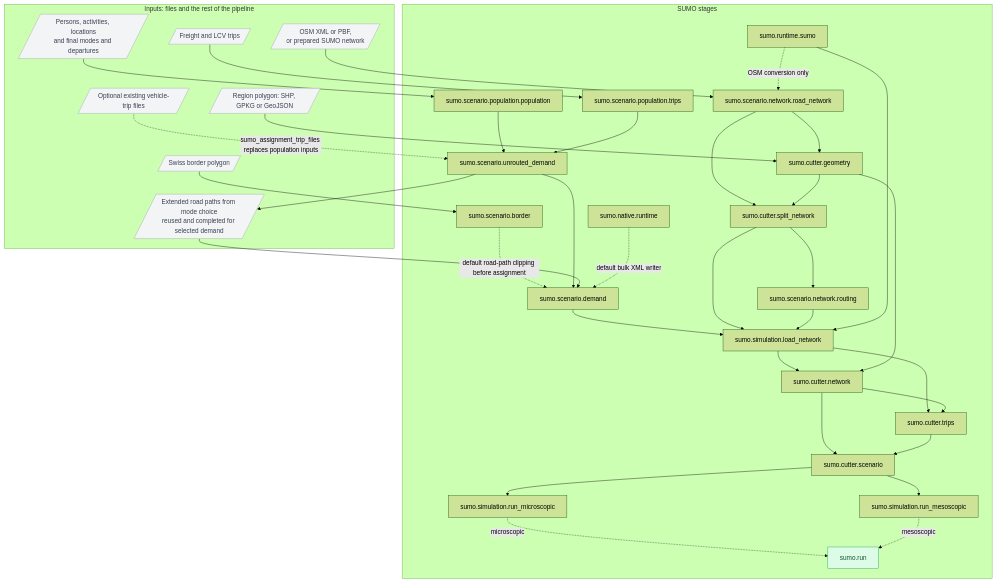
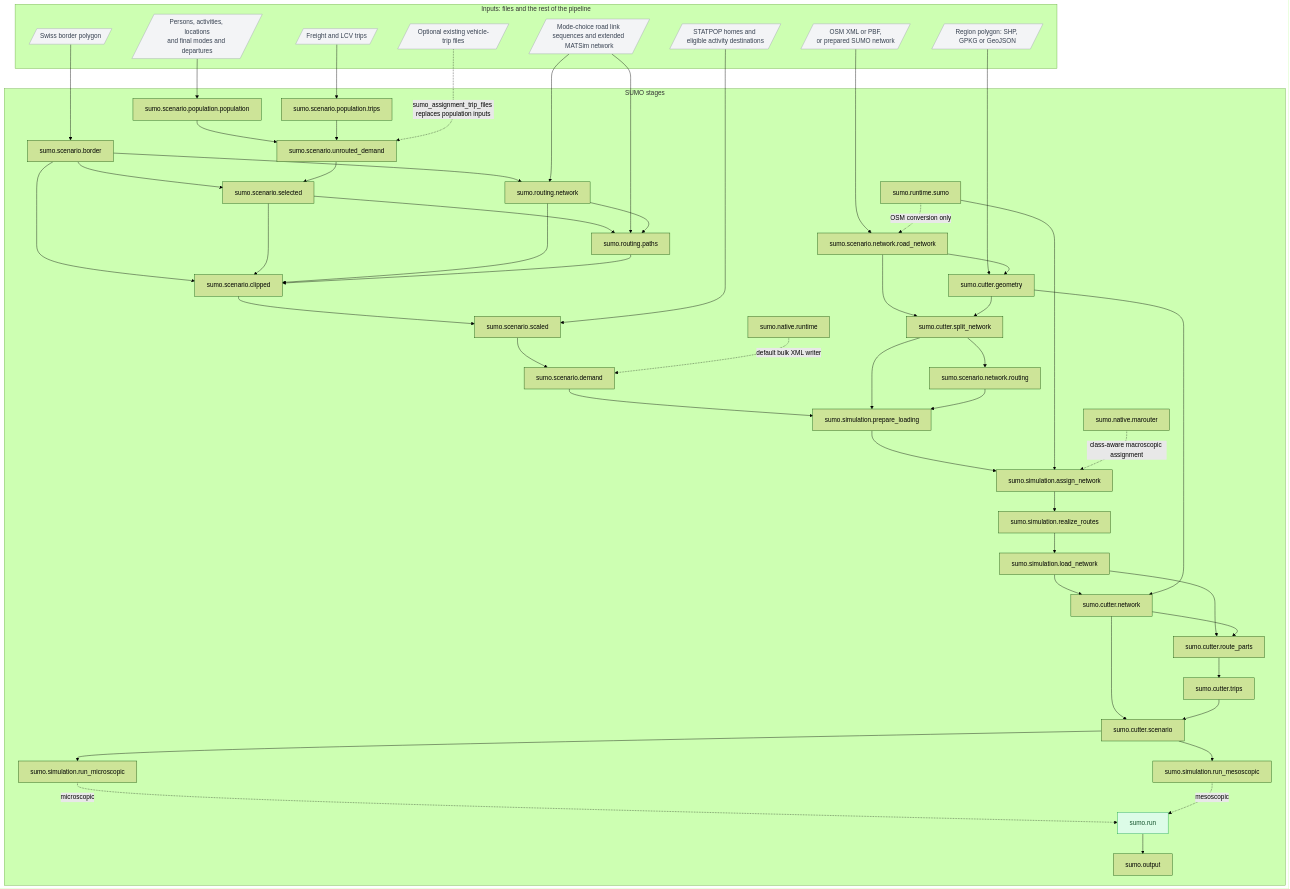
Before and after one commit to eqasim-org/eqasim-switzerland: the first of 2 diagrams in doc/sumo/WORKFLOW.md, drawn with Mermaid (forest theme). The commit also changed other lines of this file and 58 other files, not shown here.

First line of the commit message:
feat(sumo): expand demand and accelerate regional scenario preparation

````diff
--- a/doc/sumo/WORKFLOW.md
+++ b/doc/sumo/WORKFLOW.md
@@ -26,39 +26,61 @@
         REGION[/"Region polygon: SHP, GPKG or GeoJSON"/]
         VEHICLES[/"Optional existing vehicle-trip files"/]
         SWISS[/"Swiss border polygon"/]
-        PATHS[/"Extended road paths from mode choice<br/>reused and completed for selected demand"/]
+        HOMES[/"STATPOP homes and eligible activity destinations"/]
+        MC[/"Mode-choice road link sequences and extended MATSim network"/]
     end
 
     subgraph SUMO["SUMO stages"]
         POP["sumo.scenario.population.population"]
         TRIPS["sumo.scenario.population.trips"]
         RAW["sumo.scenario.unrouted_demand"]
+        SELECTED["sumo.scenario.selected"]
+        PATHS["sumo.routing.paths"]
+        ROADSHAPES["sumo.routing.network"]
+        CLIPPED["sumo.scenario.clipped"]
+        SCALED["sumo.scenario.scaled"]
         DEMAND["sumo.scenario.demand"]
         BORDER["sumo.scenario.border"]
         RUNTIME["sumo.runtime.sumo"]
         NATIVE["sumo.native.runtime"]
+        MAROUTER["sumo.native.marouter"]
         NET["sumo.scenario.network.road_network"]
         GEO["sumo.cutter.geometry"]
         SPLIT["sumo.cutter.split_network"]
         INDEX["sumo.scenario.network.routing"]
+        PREP["sumo.simulation.prepare_loading"]
+        ASSIGN["sumo.simulation.assign_network"]
+        REALIZE["sumo.simulation.realize_routes"]
         LOAD["sumo.simulation.load_network"]
         CUTNET["sumo.cutter.network"]
+        PARTS["sumo.cutter.route_parts"]
         CUTTRIPS["sumo.cutter.trips"]
         SCENARIO["sumo.cutter.scenario"]
         MICRO["sumo.simulation.run_microscopic"]
         MESO["sumo.simulation.run_mesoscopic"]
         RUN["sumo.run"]
+        OUTPUT["sumo.output"]
     end
 
     PEOPLE --> POP
     COMMERCIAL --> TRIPS
     SWISS --> BORDER
-    BORDER -. "default road-path clipping before assignment" .-> DEMAND
+    BORDER --> SELECTED
+    BORDER --> ROADSHAPES
+    BORDER --> CLIPPED
     POP --> RAW
     TRIPS --> RAW
-    RAW --> PATHS
-    RAW --> DEMAND
-    PATHS --> DEMAND
+    RAW --> SELECTED
+    SELECTED --> PATHS
+    SELECTED --> CLIPPED
+    MC --> PATHS
+    MC --> ROADSHAPES
+    ROADSHAPES --> PATHS
+    ROADSHAPES --> CLIPPED
+    PATHS --> CLIPPED
+    CLIPPED --> SCALED
+    HOMES --> SCALED
+    SCALED --> DEMAND
     NATIVE -. "default bulk XML writer" .-> DEMAND
     VEHICLES -. "sumo_assignment_trip_files replaces population inputs" .-> RAW
     NETWORK --> NET
@@ -67,24 +89,30 @@
     NET --> GEO
     NET --> SPLIT
     GEO --> SPLIT
-    DEMAND --> LOAD
-    SPLIT --> LOAD
+    DEMAND --> PREP
+    PREP --> ASSIGN
+    ASSIGN --> REALIZE
+    REALIZE --> LOAD
+    SPLIT --> PREP
     SPLIT --> INDEX
-    INDEX --> LOAD
-    RUNTIME --> LOAD
+    INDEX --> PREP
+    RUNTIME --> ASSIGN
+    MAROUTER -. "class-aware macroscopic assignment" .-> ASSIGN
     LOAD --> CUTNET
     GEO --> CUTNET
-    LOAD --> CUTTRIPS
-    CUTNET --> CUTTRIPS
+    LOAD --> PARTS
+    CUTNET --> PARTS
+    PARTS --> CUTTRIPS
     CUTNET --> SCENARIO
     CUTTRIPS --> SCENARIO
     SCENARIO --> MICRO
     SCENARIO --> MESO
     MICRO -. "microscopic" .-> RUN
     MESO -. "mesoscopic" .-> RUN
+    RUN --> OUTPUT
 
     classDef input fill:#f3f4f6,stroke:#9ca3af,color:#374151;
     classDef entry fill:#dcfce7,stroke:#16a34a,color:#14532d;
-    class PEOPLE,COMMERCIAL,NETWORK,REGION,VEHICLES,SWISS,PATHS input;
+    class PEOPLE,COMMERCIAL,NETWORK,REGION,VEHICLES,SWISS,MC,HOMES input;
     class RUN entry;
 ```
````
